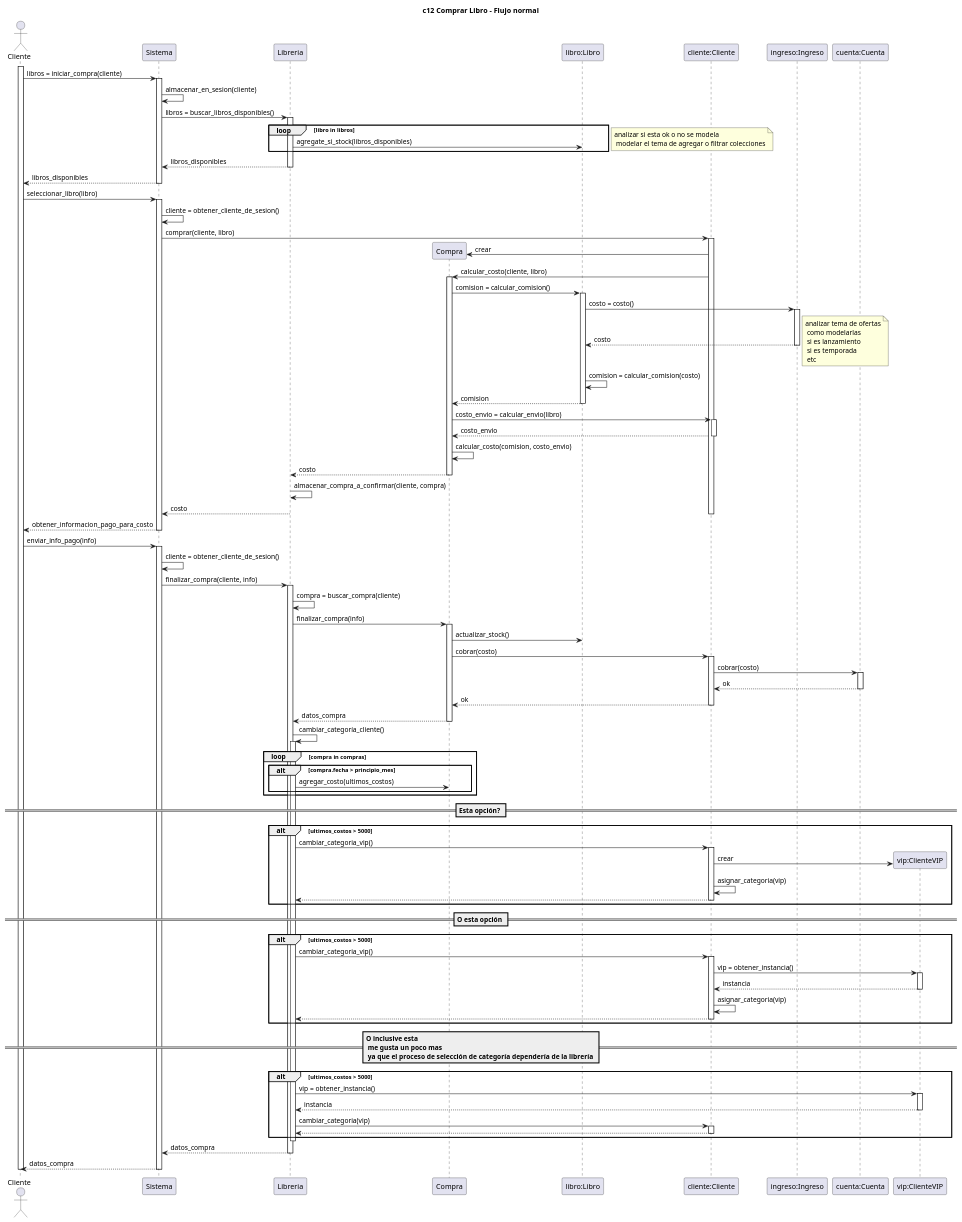
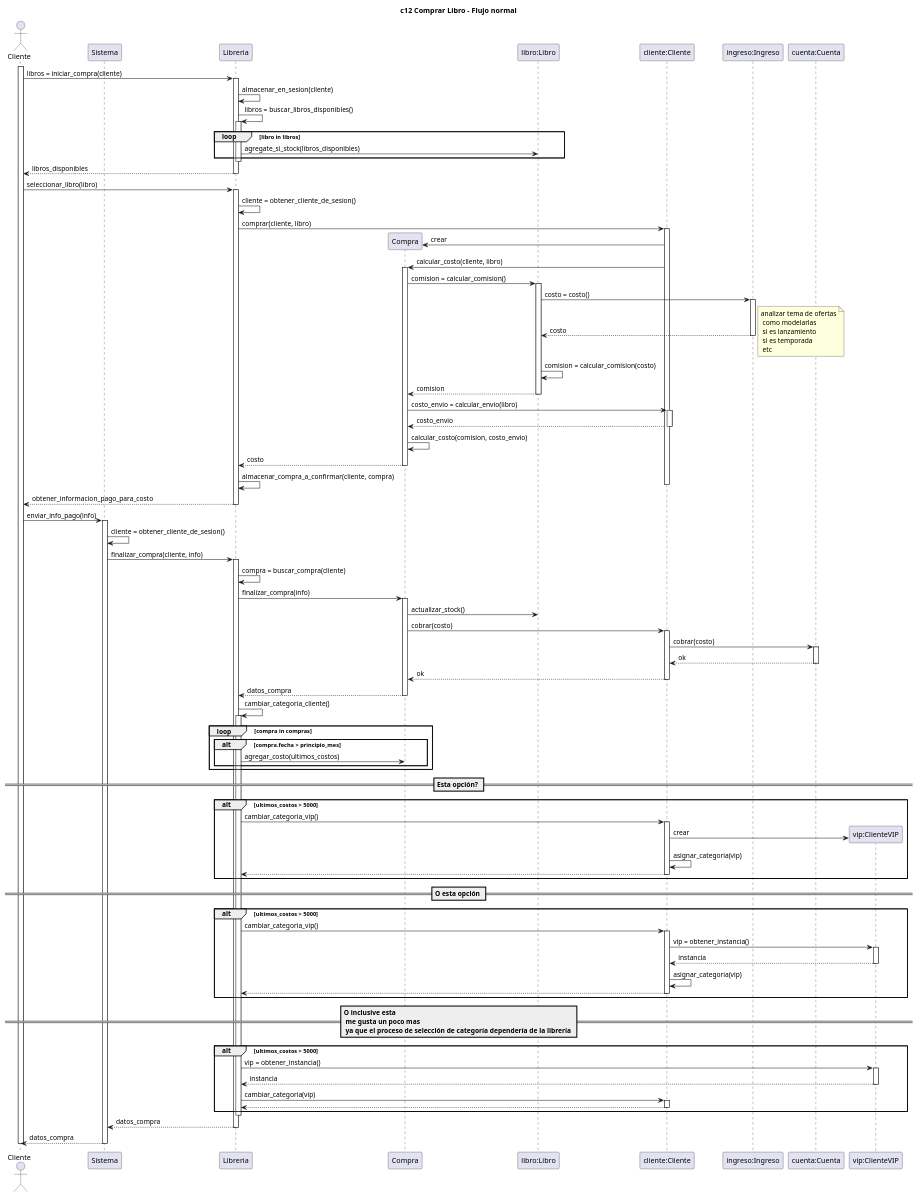
The first of 4 diagrams in tp/secuencia/compra/secuencia.plantuml (pablodanielrey/dsbm), drawn with PlantUML before and after one commit. The commit also changed 1 other file, not shown here.

```diff
--- a/tp/secuencia/compra/secuencia.plantuml
+++ b/tp/secuencia/compra/secuencia.plantuml
@@ -2,136 +2,133 @@
 @startuml c12 Comprar Libro - Flujo normal
 
 title c12 Comprar Libro - Flujo normal
 
 actor Cliente as c
 participant Sistema as s
 participant Libreria as l
 participant Compra as compra
 participant "libro:Libro" as libro
 participant "cliente:Cliente" as cliente
 participant "ingreso:Ingreso" as ingreso
 participant "cuenta:Cuenta" as cuenta
 participant "vip:ClienteVIP" as vip
 
 activate c
-c -> s : libros = iniciar_compra(cliente)
-activate s
-    s -> s : almacenar_en_sesion(cliente)
-    s -> l : libros = buscar_libros_disponibles()
+c -> l : libros = iniciar_compra(cliente)
+activate l
+    l -> l : almacenar_en_sesion(cliente)
+    l -> l : libros = buscar_libros_disponibles()
     activate l
-        loop libro in libros
-            l -> libro : agregate_si_stock(libros_disponibles)
-        end
-        note left : analizar si esta ok o no se modela\n modelar el tema de agregar o filtrar colecciones
-        return libros_disponibles
+    loop libro in libros
+        l -> libro : agregate_si_stock(libros_disponibles)
+    end
     deactivate l
-    c <-- s : libros_disponibles
-deactivate s
+    c <-- l : libros_disponibles
+deactivate l
 
-c -> s : seleccionar_libro(libro)
-activate s
-    s -> s : cliente = obtener_cliente_de_sesion()
-    s -> cliente : comprar(cliente, libro)
+c -> l : seleccionar_libro(libro)
+activate l
+    l -> l : cliente = obtener_cliente_de_sesion()
+    l -> cliente : comprar(cliente, libro)
     activate cliente
         cliente -> compra ** : crear
         cliente -> compra : calcular_costo(cliente, libro)
         activate compra
             'el costo depende del tipo de libro y del tipo de cliente
             compra -> libro : comision = calcular_comision()
             activate libro
                 libro -> ingreso : costo = costo()
                 activate ingreso
                     libro <-- ingreso : costo
                 deactivate ingreso
                 note right : analizar tema de ofertas\n como modelarlas\n si es lanzamiento\n si es temporada\n etc
                 libro -> libro : comision = calcular_comision(costo)
                 compra <-- libro : comision
             deactivate libro
             compra -> cliente : costo_envio = calcular_envio(libro)
             activate cliente
                 compra <-- cliente : costo_envio
             deactivate cliente
             compra -> compra : calcular_costo(comision, costo_envio)
             l <-- compra : costo
         deactivate compra
         l -> l : almacenar_compra_a_confirmar(cliente, compra)
-        s <-- l : costo
     deactivate cliente
     return obtener_informacion_pago_para_costo
-deactivate s
+deactivate l
 
 c -> s : enviar_info_pago(info)
 activate s
     s -> s : cliente = obtener_cliente_de_sesion()
     s -> l : finalizar_compra(cliente, info)
     activate l
         l -> l : compra = buscar_compra(cliente)
         l -> compra : finalizar_compra(info)
         activate compra
             compra -> libro : actualizar_stock()
             compra -> cliente : cobrar(costo)
             activate cliente
                 cliente -> cuenta : cobrar(costo)
                 activate cuenta
                     cliente <-- cuenta: ok
                 deactivate cuenta
                 compra <-- cliente : ok
             deactivate cliente
             l <-- compra : datos_compra
         deactivate compra
         l -> l : cambiar_categoría_cliente()
         activate l
             loop compra in compras
                 alt compra.fecha > principio_mes
                     l -> compra : agregar_costo(ultimos_costos)
                 end
             end
 
             == Esta opción? ==
 
             alt ultimos_costos > 5000
                 l -> cliente : cambiar_categoria_vip()
                 activate cliente
                     cliente -> vip **: crear
                     cliente -> cliente : asignar_categoria(vip)
                     l <-- cliente
                 deactivate cliente
             end
 
             == O esta opción ==
 
             alt ultimos_costos > 5000
                 l -> cliente : cambiar_categoria_vip()
                 activate cliente
                     cliente -> vip : vip = obtener_instancia()
                     activate vip
                         cliente <-- vip : instancia
                     deactivate vip
                     cliente -> cliente : asignar_categoria(vip)
                     l <-- cliente
                 deactivate cliente
             end
 
             == O inclusive esta\n me gusta un poco mas\n ya que el proceso de selección de categoría dependería de la librería ==
 
             alt ultimos_costos > 5000
                 l -> vip : vip = obtener_instancia()
                 activate vip
                     l <-- vip : instancia
                 deactivate vip
 
                 l -> cliente : cambiar_categoria(vip)
                 activate cliente
                     l <-- cliente
                 deactivate cliente
             end
 
         deactivate l
         s <-- l : datos_compra
     deactivate l
     c <-- s : datos_compra
 deactivate s
 
 deactivate c
 
 @enduml
```
